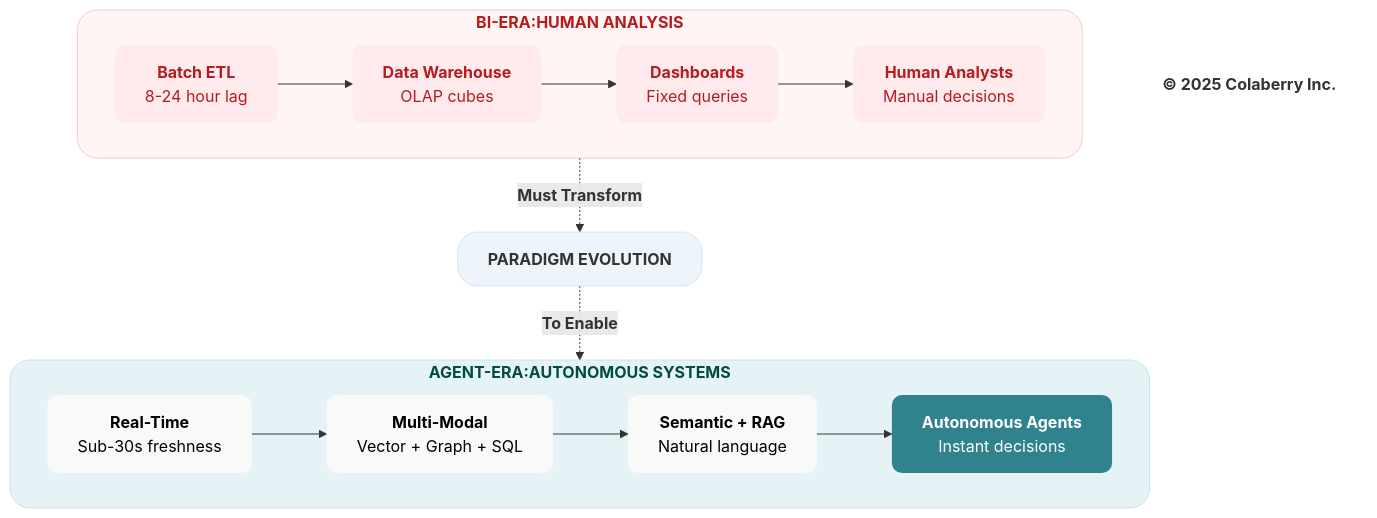
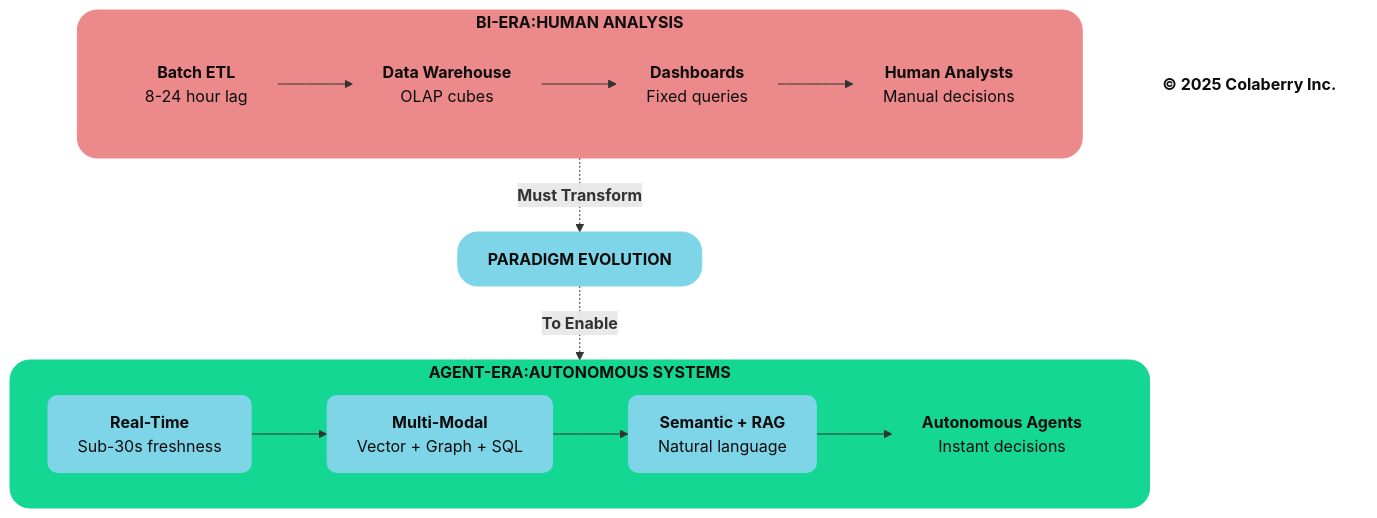
Before and after one commit to saitejesh-cyber/trust-before-intelligence-book: the diagram in mermaid-source/figure-3-2.mmd, drawn with Mermaid. The commit also changed 212 other files, not shown here.

Commit message:
Apply semantic Colaberry palette across all diagram sources and PNGs

```diff
--- a/mermaid-source/figure-3-2.mmd
+++ b/mermaid-source/figure-3-2.mmd
@@ -1,47 +1,47 @@
 graph TB
     subgraph old["<b>BI-ERA:HUMAN ANALYSIS</b>"]
         direction LR
         O1["<b>Batch ETL</b><br/>8-24 hour lag"]
         O2["<b>Data Warehouse</b><br/>OLAP cubes"]
         O3["<b>Dashboards</b><br/>Fixed queries"]
         O4["<b>Human Analysts</b><br/>Manual decisions"]
         
         O1 --> O2 --> O3 --> O4
     end
     
     Shift["<b>PARADIGM EVOLUTION</b>"]
     
     subgraph new["<b>AGENT-ERA:AUTONOMOUS     SYSTEMS</b>"]
         direction LR
         N1["<b>Real-Time</b><br/>Sub-30s freshness"]
         N2["<b>Multi-Modal</b><br/>Vector + Graph + SQL"]
         N3["<b>Semantic + RAG</b><br/>Natural language"]
         N4["<b>Autonomous Agents</b><br/>Instant decisions"]
         
         N1 --> N2 --> N3 --> N4
     end
     
     Copyright["<b>© 2025 Colaberry Inc.</b>"]
     
     old -.->|<b>Must Transform</b>| Shift
     Shift -.->|<b>To Enable</b>| new
 
     %% 🔴 BI ERA — FAILURE / TRUST BREAKDOWN
-    style old fill:#fff5f5,stroke:#f2caca,stroke-width:1px,color:#b71c1c,rx:20,ry:20
-    style O1 fill:#ffebee,stroke:none,color:#b71c1c,rx:10,ry:10
-    style O2 fill:#ffebee,stroke:none,color:#b71c1c,rx:10,ry:10
-    style O3 fill:#ffebee,stroke:none,color:#b71c1c,rx:10,ry:10
-    style O4 fill:#ffebee,stroke:none,color:#b71c1c,rx:10,ry:10
+    style old fill:#EB898B,stroke:#EB898B,stroke-width:1px,color:#0D0D0D,rx:20,ry:20
+    style O1 fill:#EB898B,stroke:none,color:#0D0D0D,rx:10,ry:10
+    style O2 fill:#EB898B,stroke:none,color:#0D0D0D,rx:10,ry:10
+    style O3 fill:#EB898B,stroke:none,color:#0D0D0D,rx:10,ry:10
+    style O4 fill:#EB898B,stroke:none,color:#0D0D0D,rx:10,ry:10
     
     %% 🔵 TRANSFORMATION — ACTIVE CHANGE
-    style Shift fill:#edf4fa,stroke:#d6e4f2,stroke-width:1px,color:#333333,rx:20,ry:20
+    style Shift fill:#7FD5E8,stroke:#7FD5E8,stroke-width:1px,color:#0D0D0D,rx:20,ry:20
     
     %% 🟢 AGENT ERA — TRUSTED / INPACT™-FULFILLED
-    style new fill:#e6f3f6,stroke:#c7e3ea,stroke-width:1px,color:#004d40,rx:20,ry:20
-    style N1 fill:#f9f9f9,stroke:none,color:#000000,rx:10,ry:10
-    style N2 fill:#f9f9f9,stroke:none,color:#000000,rx:10,ry:10
-    style N3 fill:#f9f9f9,stroke:none,color:#000000,rx:10,ry:10
-    style N4 fill:#30838C,stroke:none,color:#ffffff,rx:10,ry:10
+    style new fill:#14D793,stroke:#14D793,stroke-width:1px,color:#0D0D0D,rx:20,ry:20
+    style N1 fill:#7FD5E8,stroke:none,color:#0D0D0D,rx:10,ry:10
+    style N2 fill:#7FD5E8,stroke:none,color:#0D0D0D,rx:10,ry:10
+    style N3 fill:#7FD5E8,stroke:none,color:#0D0D0D,rx:10,ry:10
+    style N4 fill:#14D793,stroke:none,color:#0D0D0D,rx:10,ry:10
     
     %% FOOTER
-    style Copyright fill:none,stroke:none,color:#333333
+    style Copyright fill:none,stroke:none,color:#0D0D0D
```
